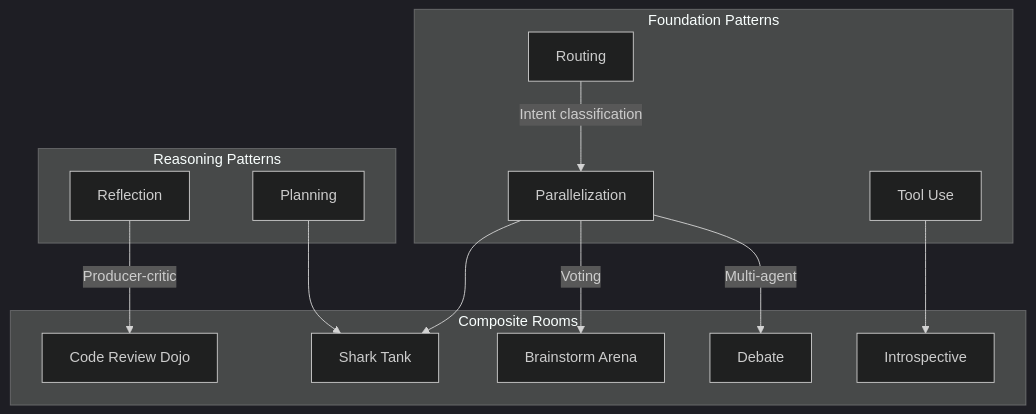
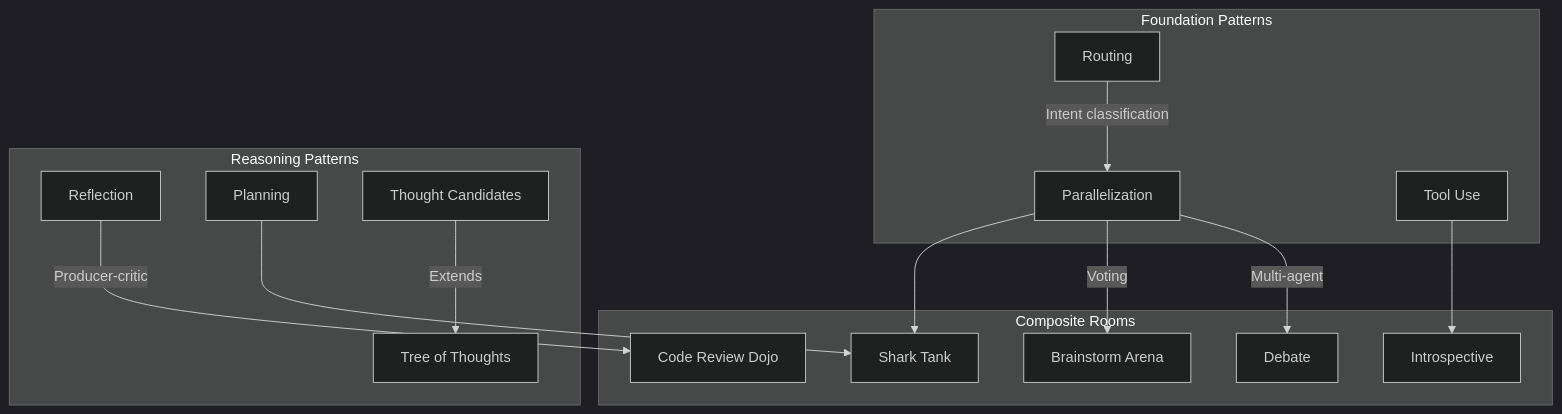
One commit to runyaga/crazy-glue changed the first of 2 diagrams in docs/rooms/index.md. Above: the diagram before and after it, drawn with Mermaid (dark theme). The commit also changed other lines of this file and 23 other files, not shown here.

First line of the commit message:
feat(rooms): add thought-candidates and tree-of-thoughts rooms (#1)

````diff
--- a/docs/rooms/index.md
+++ b/docs/rooms/index.md
@@ -7,29 +7,32 @@
 ```mermaid
 flowchart TB
     subgraph "Foundation Patterns"
         R[Routing]
         PA[Parallelization]
         TU[Tool Use]
     end
 
     subgraph "Reasoning Patterns"
         RF[Reflection]
         PL[Planning]
+        TC[Thought Candidates]
+        ToT[Tree of Thoughts]
     end
 
     subgraph "Composite Rooms"
         D[Debate]
         B[Brainstorm Arena]
         CR[Code Review Dojo]
         ST[Shark Tank]
         IN[Introspective]
     end
 
     R --> |"Intent classification"| PA
     RF --> |"Producer-critic"| CR
     PA --> |"Multi-agent"| D
     PA --> |"Voting"| B
     PL --> ST
     PA --> ST
     TU --> IN
+    TC --> |"Extends"| ToT
 ```
````
